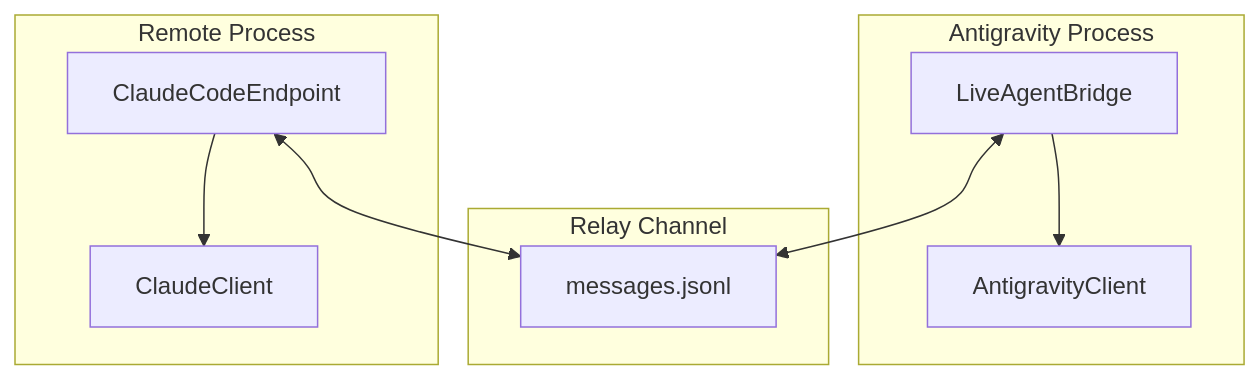
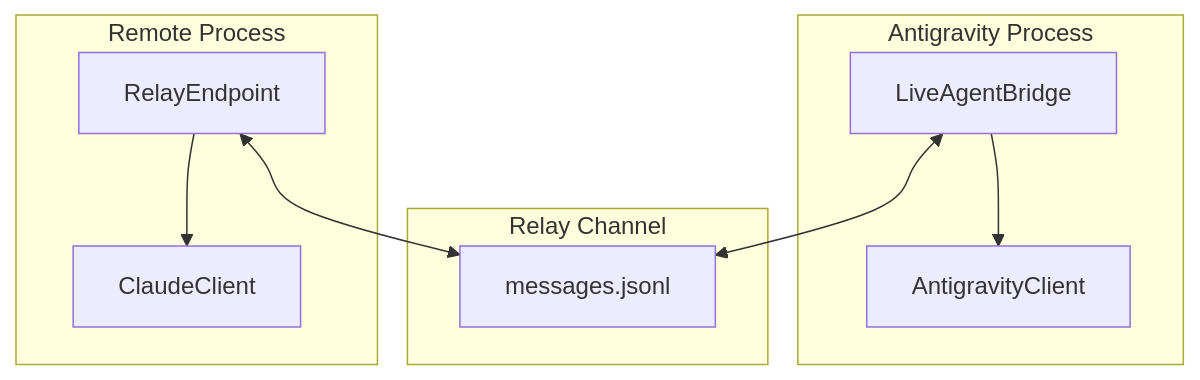
One commit to docxology/codomyrmex changed the second of 2 diagrams in src/codomyrmex/ide/antigravity/SPEC.md. Above: the diagram before and after it, drawn with Mermaid. The commit also changed 1001 other files, not shown here.

````diff
--- a/src/codomyrmex/ide/antigravity/SPEC.md
+++ b/src/codomyrmex/ide/antigravity/SPEC.md
@@ -99,20 +99,20 @@
 ```mermaid
 graph TD
     subgraph "Relay Channel"
         JSONL[messages.jsonl]
     end
 
     subgraph "Antigravity Process"
         AG[AntigravityClient]
         Live[LiveAgentBridge]
         Live --> AG
         Live <--> JSONL
     end
 
     subgraph "Remote Process"
-        CC[ClaudeCodeEndpoint]
+        CC[RelayEndpoint]
         CCClient[ClaudeClient]
         CC --> CCClient
         CC <--> JSONL
     end
 ```
````
